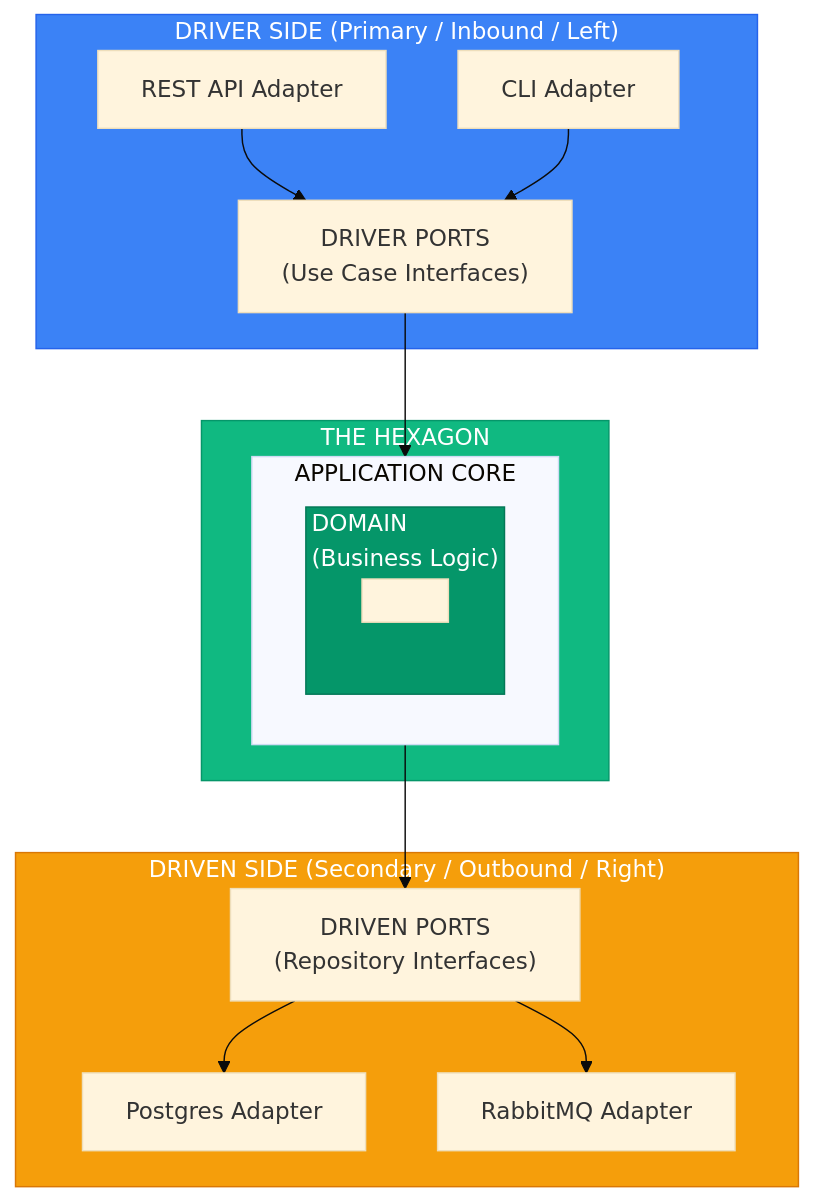
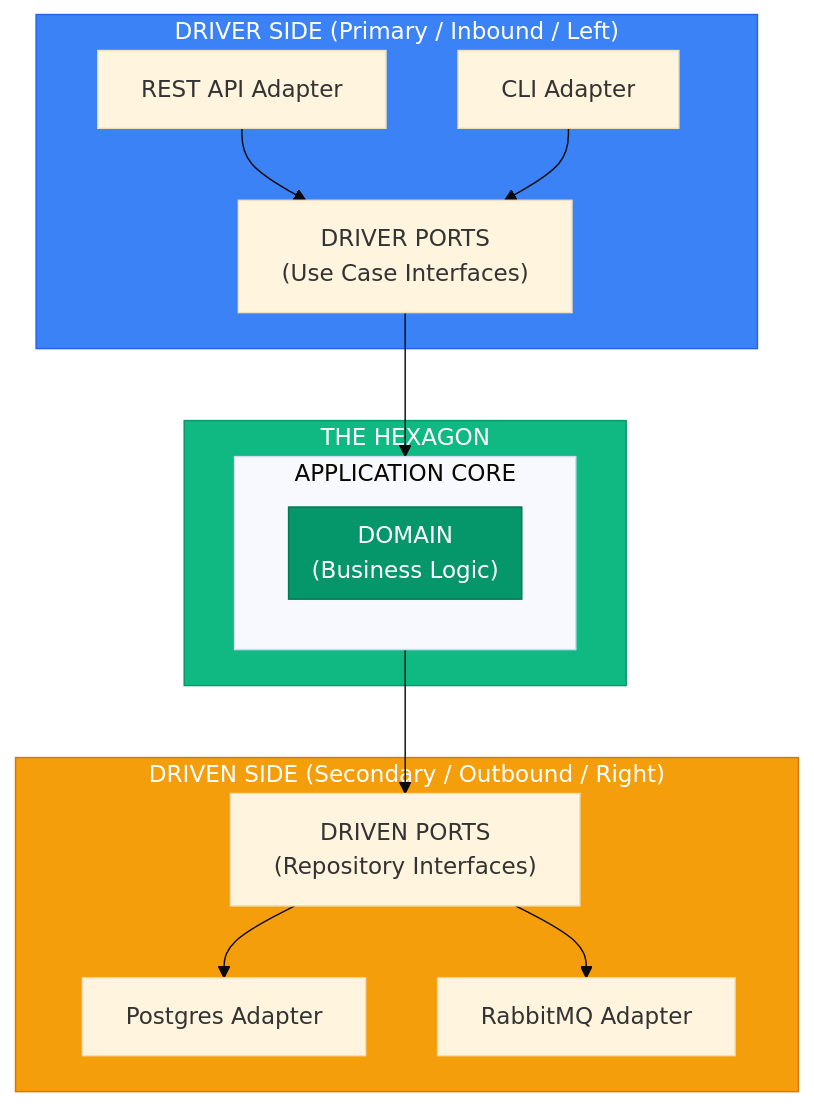
Before and after one commit to marcusquinn/aidevops: the diagram in .agents/tools/architecture/clean-ddd-hexagonal-skill/hexagonal.md, drawn with Mermaid (base theme). The commit also changed other lines of this file, not shown here.

````diff
--- a/.agents/tools/architecture/clean-ddd-hexagonal-skill/hexagonal.md
+++ b/.agents/tools/architecture/clean-ddd-hexagonal-skill/hexagonal.md
@@ -9,34 +9,33 @@
 ```mermaid
 flowchart TB
     subgraph DriverSide["DRIVER SIDE (Primary / Inbound / Left)"]
         REST["REST API Adapter"]
         CLI["CLI Adapter"]
         DriverPorts["DRIVER PORTS\n(Use Case Interfaces)"]
         REST --> DriverPorts
         CLI --> DriverPorts
     end
 
     subgraph Hexagon["THE HEXAGON"]
         subgraph AppCore["APPLICATION CORE"]
             subgraph Domain["DOMAIN\n(Business Logic)"]
-                BL[" "]
             end
         end
     end
 
     subgraph DrivenSide["DRIVEN SIDE (Secondary / Outbound / Right)"]
         DrivenPorts["DRIVEN PORTS\n(Repository Interfaces)"]
         Postgres["Postgres Adapter"]
         RabbitMQ["RabbitMQ Adapter"]
         DrivenPorts --> Postgres
         DrivenPorts --> RabbitMQ
     end
 
     DriverPorts --> AppCore
     AppCore --> DrivenPorts
 
     style DriverSide fill:#3b82f6,stroke:#2563eb,color:white
     style Hexagon fill:#10b981,stroke:#059669,color:white
     style DrivenSide fill:#f59e0b,stroke:#d97706,color:white
     style Domain fill:#059669,stroke:#047857,color:white
 ```
````
